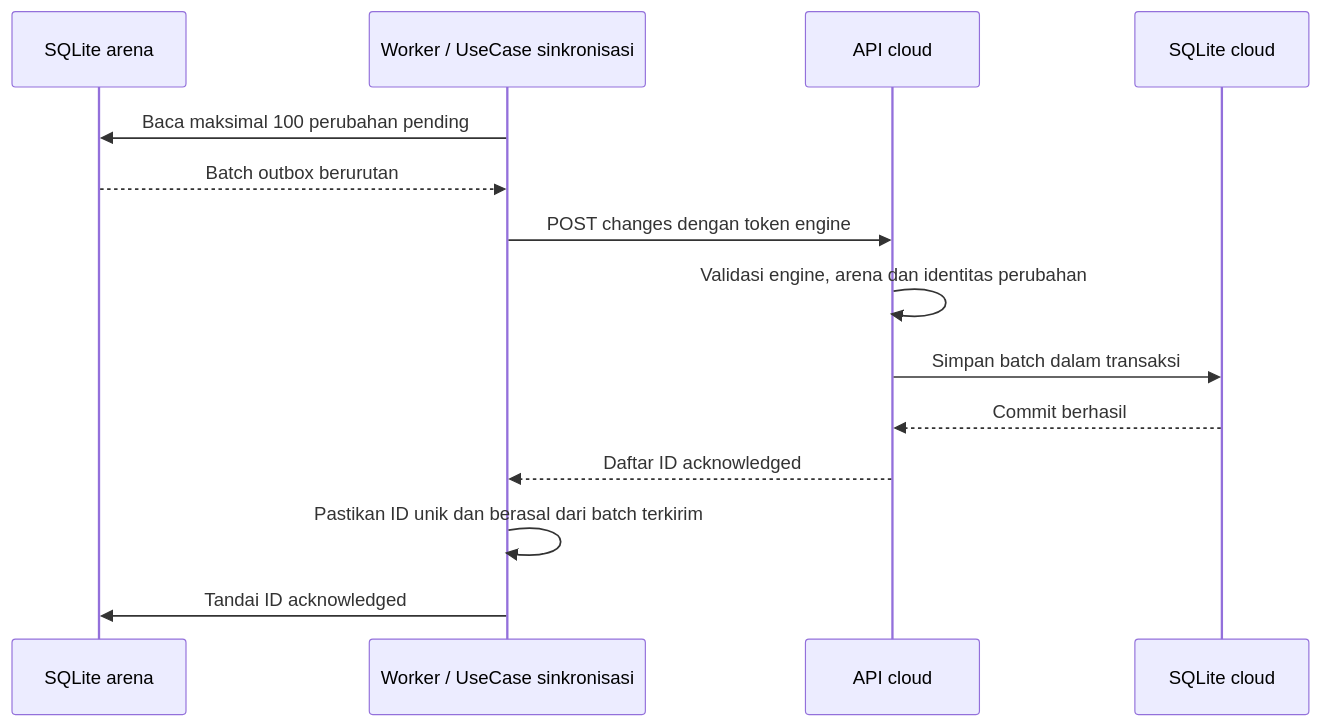
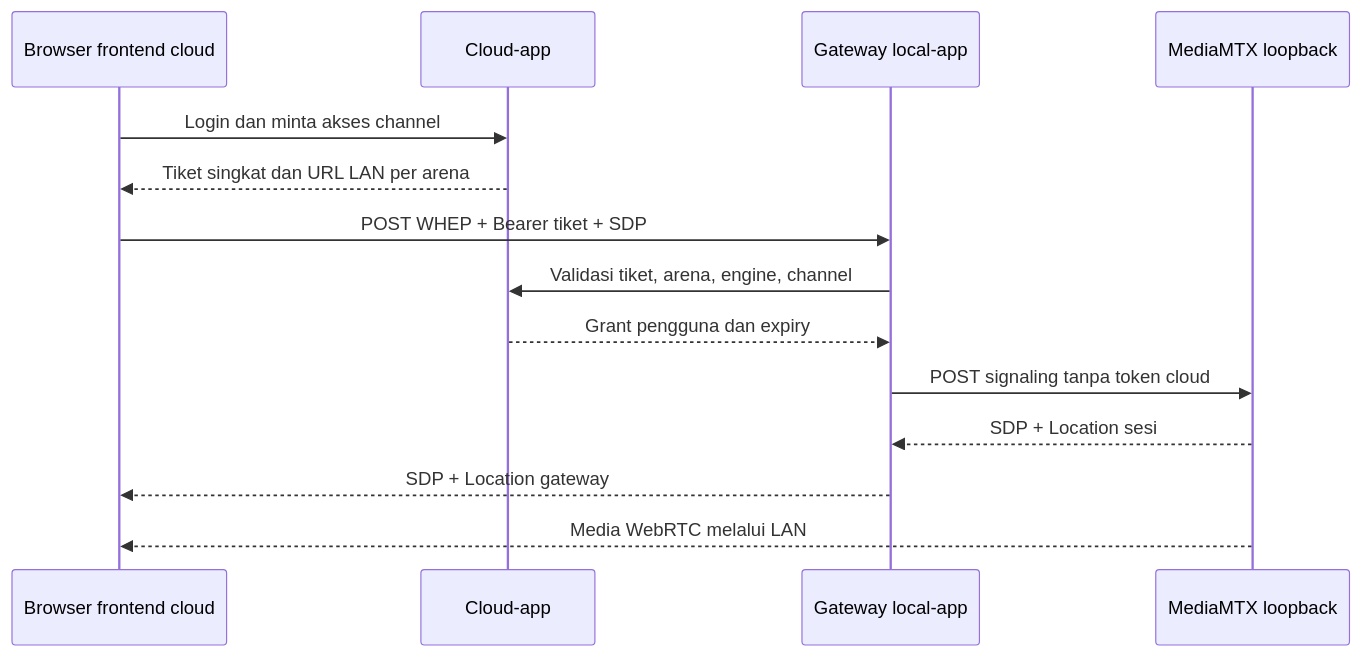
Before and after one commit to bachtiarilham/kicau-mania: the diagram in local-app/ALUR-END-TO-END.md, drawn with Mermaid. The commit also changed other lines of this file and 168 other files, not shown here.

````diff
--- a/local-app/ALUR-END-TO-END.md
+++ b/local-app/ALUR-END-TO-END.md
@@ -212,16 +13,16 @@
 ```mermaid
 sequenceDiagram
-    participant DB as SQLite arena
-    participant W as Worker / UseCase sinkronisasi
-    participant C as API cloud
-    participant CD as SQLite cloud
-    W->>DB: Baca maksimal 100 perubahan pending
-    DB-->>W: Batch outbox berurutan
-    W->>C: POST changes dengan token engine
-    C->>C: Validasi engine, arena dan identitas perubahan
-    C->>CD: Simpan batch dalam transaksi
-    CD-->>C: Commit berhasil
-    C-->>W: Daftar ID acknowledged
-    W->>W: Pastikan ID unik dan berasal dari batch terkirim
-    W->>DB: Tandai ID acknowledged
+    participant B as Browser frontend cloud
+    participant C as Cloud-app
+    participant L as Gateway local-app
+    participant M as MediaMTX loopback
+    B->>C: Login dan minta akses channel
+    C-->>B: Tiket singkat dan URL LAN per arena
+    B->>L: POST WHEP + Bearer tiket + SDP
+    L->>C: Validasi tiket, arena, engine, channel
+    C-->>L: Grant pengguna dan expiry
+    L->>M: POST signaling tanpa token cloud
+    M-->>L: SDP + Location sesi
+    L-->>B: SDP + Location gateway
+    M-->>B: Media WebRTC melalui LAN
 ```
````
